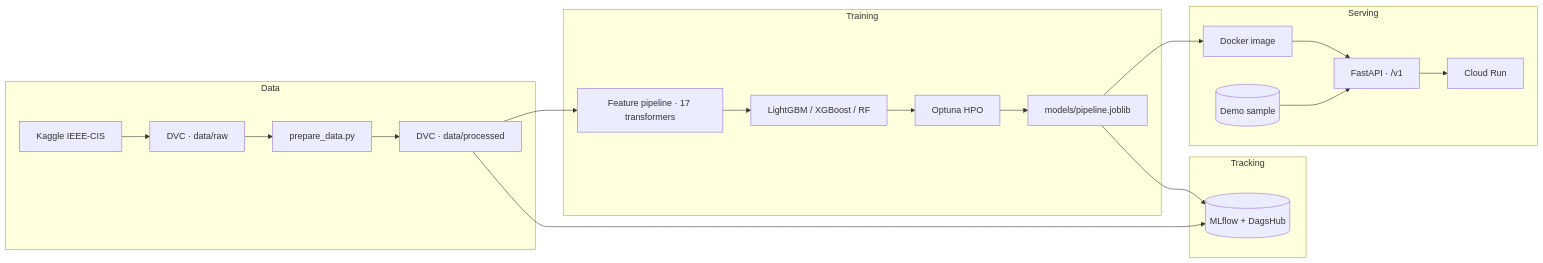
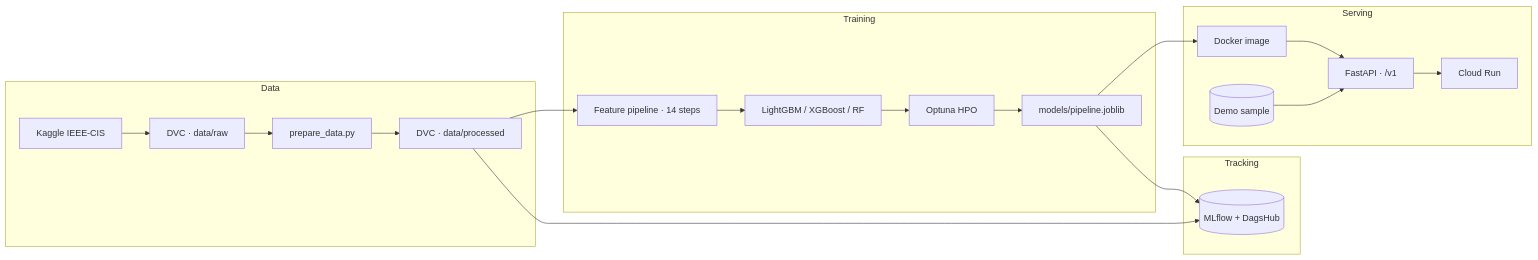
The first of 2 diagrams in README.md (alexmatiasas/fraud-detection-ml), drawn with Mermaid before and after one commit. The commit also changed other lines of this file and 100 other files, not shown here.

````diff
--- a/README.md
+++ b/README.md
@@ -40,27 +54,27 @@
 ```mermaid
 flowchart LR
     subgraph Data
         A[Kaggle IEEE-CIS] --> B[DVC · data/raw]
         B --> C[prepare_data.py]
         C --> D[DVC · data/processed]
     end
 
     subgraph Training
-        D --> E[Feature pipeline · 17 transformers]
+        D --> E[Feature pipeline · 14 steps]
         E --> F[LightGBM / XGBoost / RF]
         F --> G[Optuna HPO]
         G --> H[models/pipeline.joblib]
     end
 
     subgraph Tracking
         H --> I[(MLflow + DagsHub)]
         D --> I
     end
 
     subgraph Serving
         H --> J[Docker image]
         J --> K[FastAPI · /v1]
         L[(Demo sample)] --> K
         K --> M[Cloud Run]
     end
 ```
````
